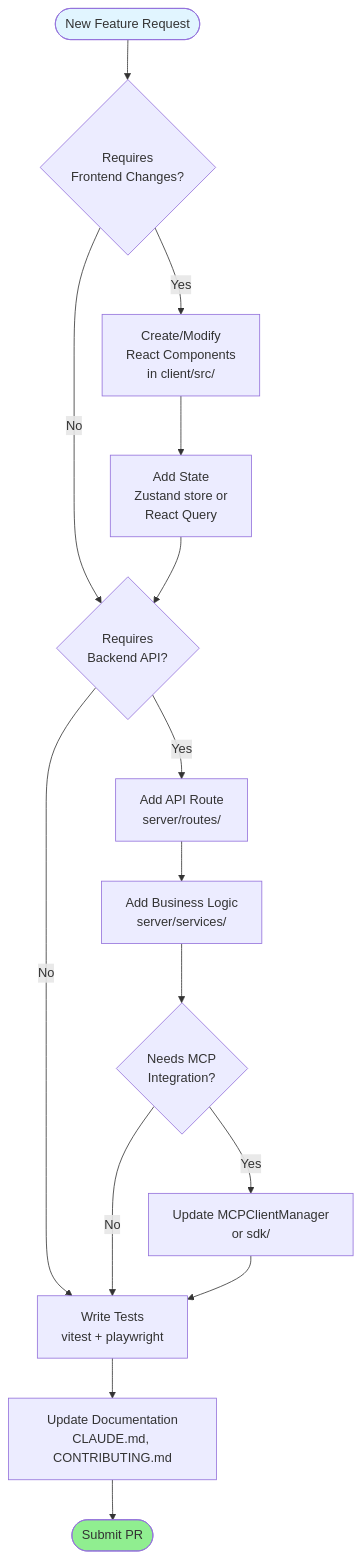
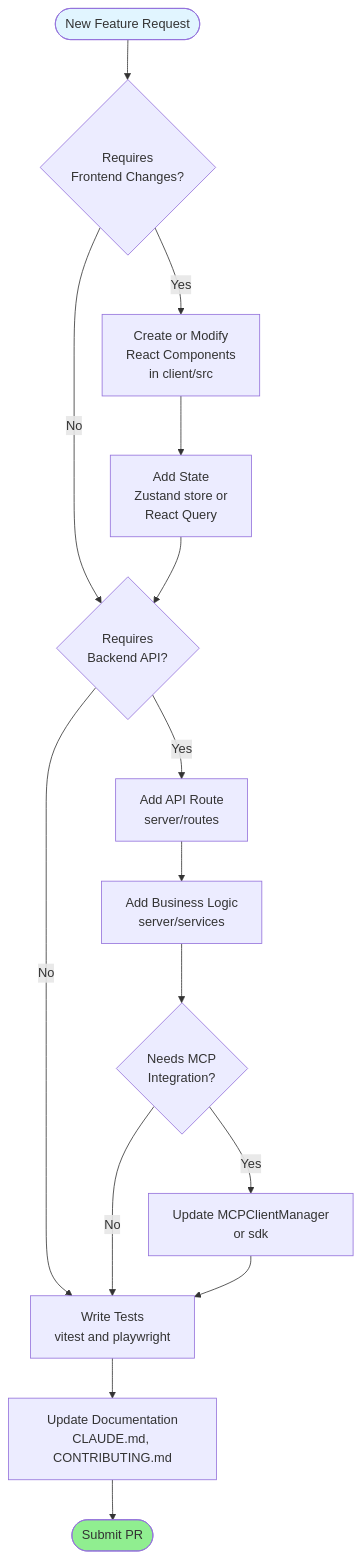
One commit to and1can/inspector changed diagram 11 of 11 in docs/CONTRIBUTING.mdx. Above: the diagram before and after it, drawn with Mermaid. The commit also changed other lines of this file, not shown here.

Commit message:
Fix graphs in Contributing

````diff
--- a/docs/CONTRIBUTING.mdx
+++ b/docs/CONTRIBUTING.mdx
@@ -482,27 +482,27 @@
 ```mermaid
 flowchart TD
-    Start([New Feature Request])
+    Start(["New Feature Request"])
 
-    Start --> Frontend{Requires<br/>Frontend Changes?}
-    Frontend -->|Yes| ReactComp[Create/Modify<br/>React Components<br/>in client/src/]
+    Start --> Frontend{"Requires<br/>Frontend Changes?"}
+    Frontend -->|Yes| ReactComp["Create or Modify<br/>React Components<br/>in client/src"]
     Frontend -->|No| Backend
 
-    ReactComp --> State[Add State<br/>Zustand store or<br/>React Query]
+    ReactComp --> State["Add State<br/>Zustand store or<br/>React Query"]
 
-    State --> Backend{Requires<br/>Backend API?}
-    Backend -->|Yes| Route[Add API Route<br/>server/routes/]
+    State --> Backend{"Requires<br/>Backend API?"}
+    Backend -->|Yes| Route["Add API Route<br/>server/routes"]
     Backend -->|No| Test
 
-    Route --> Service[Add Business Logic<br/>server/services/]
-    Service --> Manager{Needs MCP<br/>Integration?}
+    Route --> Service["Add Business Logic<br/>server/services"]
+    Service --> Manager{"Needs MCP<br/>Integration?"}
 
-    Manager -->|Yes| SDK[Update MCPClientManager<br/>or sdk/]
+    Manager -->|Yes| SDK["Update MCPClientManager<br/>or sdk"]
     Manager -->|No| Test
 
-    SDK --> Test[Write Tests<br/>vitest + playwright]
-    Test --> Doc[Update Documentation<br/>CLAUDE.md, CONTRIBUTING.md]
-    Doc --> PR([Submit PR])
+    SDK --> Test["Write Tests<br/>vitest and playwright"]
+    Test --> Doc["Update Documentation<br/>CLAUDE.md, CONTRIBUTING.md"]
+    Doc --> PR(["Submit PR"])
 
     style Start fill:#e1f5ff
     style PR fill:#90EE90
 ```
````
